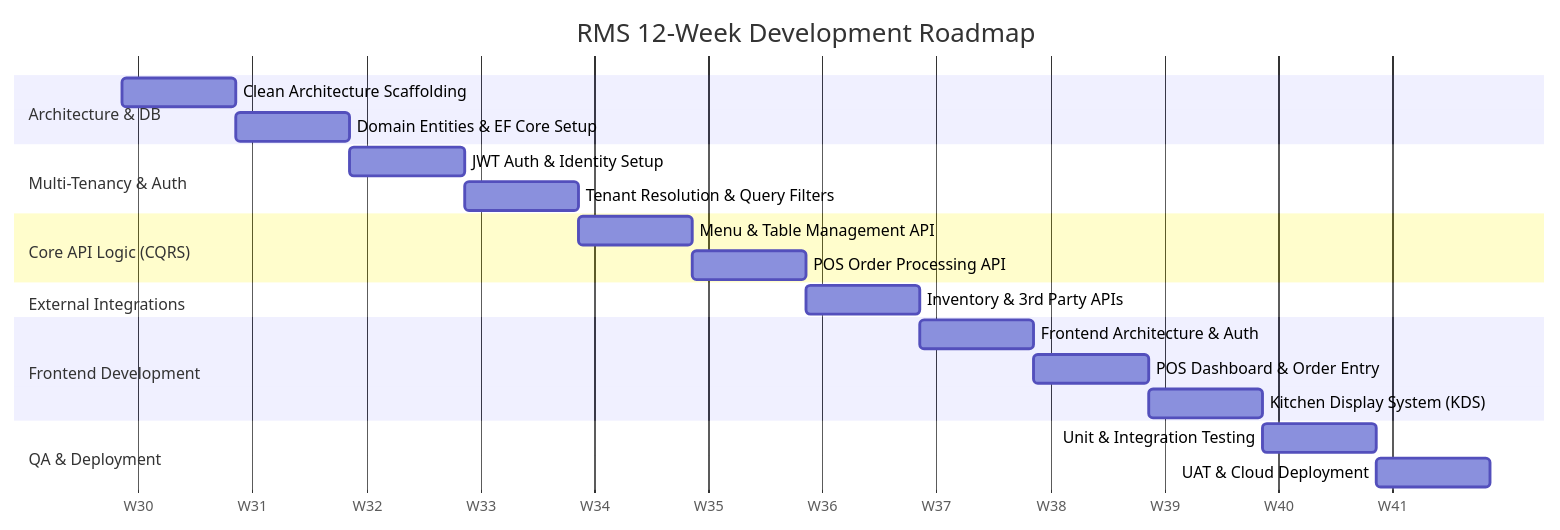
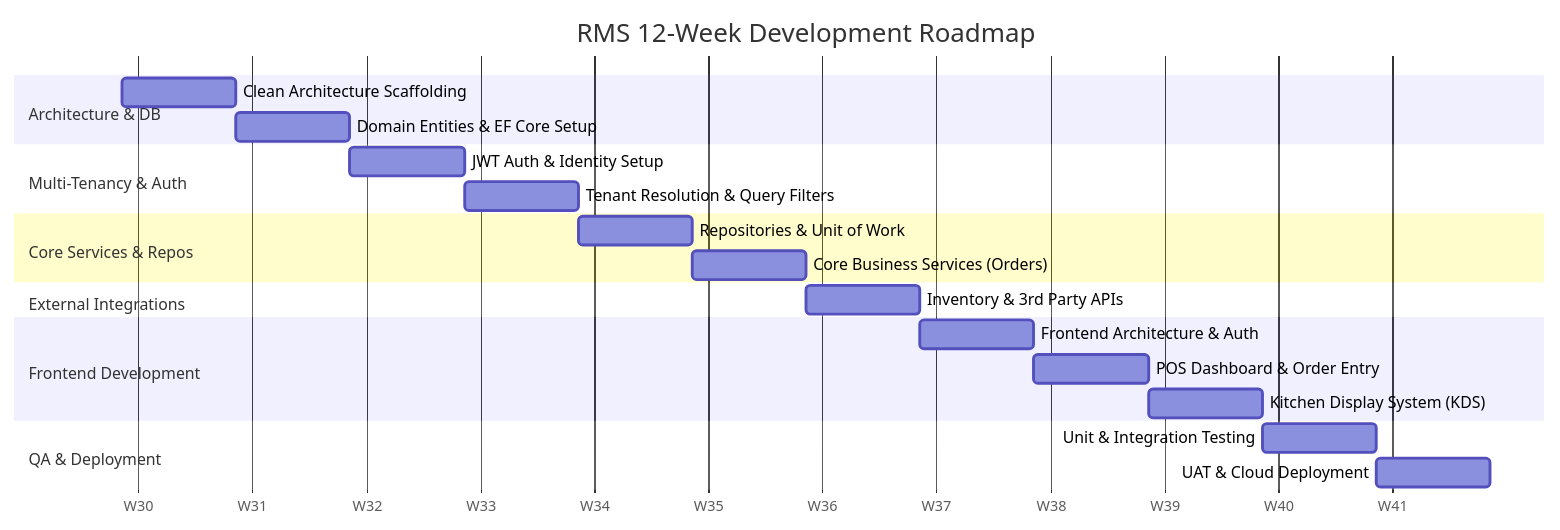
One commit to shams909/Restaurant-management-system changed the sixth of 6 diagrams in FINAL_MASTER_DOCUMENTATION.md. Above: the diagram before and after it, drawn with Mermaid. The commit also changed other lines of this file, not shown here.

Commit message:
refactor: replace CQRS pattern with Service, Repository, and Unit of Work patterns in system architecture documentation

````diff
--- a/FINAL_MASTER_DOCUMENTATION.md
+++ b/FINAL_MASTER_DOCUMENTATION.md
@@ -281,30 +280,30 @@
 ```mermaid
 gantt
     title RMS 12-Week Development Roadmap
     dateFormat  YYYY-MM-DD
     axisFormat  W%W
     
     section Architecture & DB
     Clean Architecture Scaffolding  :a1, 2026-08-01, 7d
     Domain Entities & EF Core Setup :a2, after a1, 7d
     
     section Multi-Tenancy & Auth
     JWT Auth & Identity Setup       :b1, after a2, 7d
     Tenant Resolution & Query Filters:b2, after b1, 7d
     
-    section Core API Logic (CQRS)
-    Menu & Table Management API     :c1, after b2, 7d
-    POS Order Processing API        :c2, after c1, 7d
+    section Core Services & Repos
+    Repositories & Unit of Work     :c1, after b2, 7d
+    Core Business Services (Orders) :c2, after c1, 7d
     
     section External Integrations
     Inventory & 3rd Party APIs      :d1, after c2, 7d
     
     section Frontend Development
     Frontend Architecture & Auth    :e1, after d1, 7d
     POS Dashboard & Order Entry     :e2, after e1, 7d
     Kitchen Display System (KDS)    :e3, after e2, 7d
     
     section QA & Deployment
     Unit & Integration Testing      :f1, after e3, 7d
     UAT & Cloud Deployment          :f2, after f1, 7d
 ```
````
